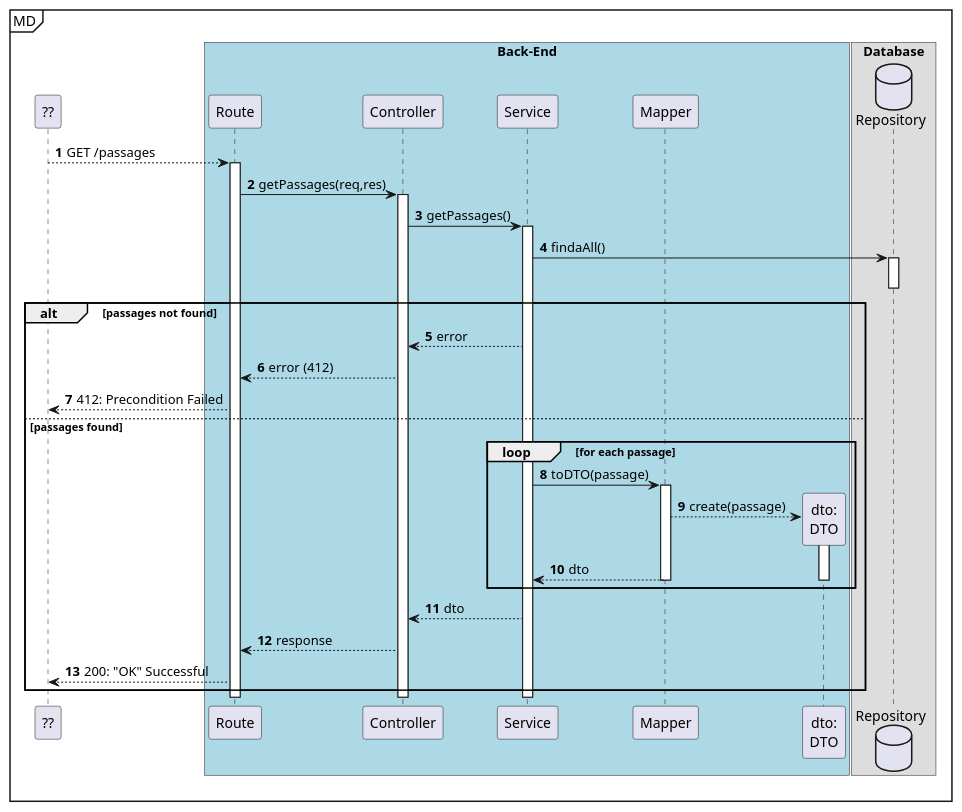
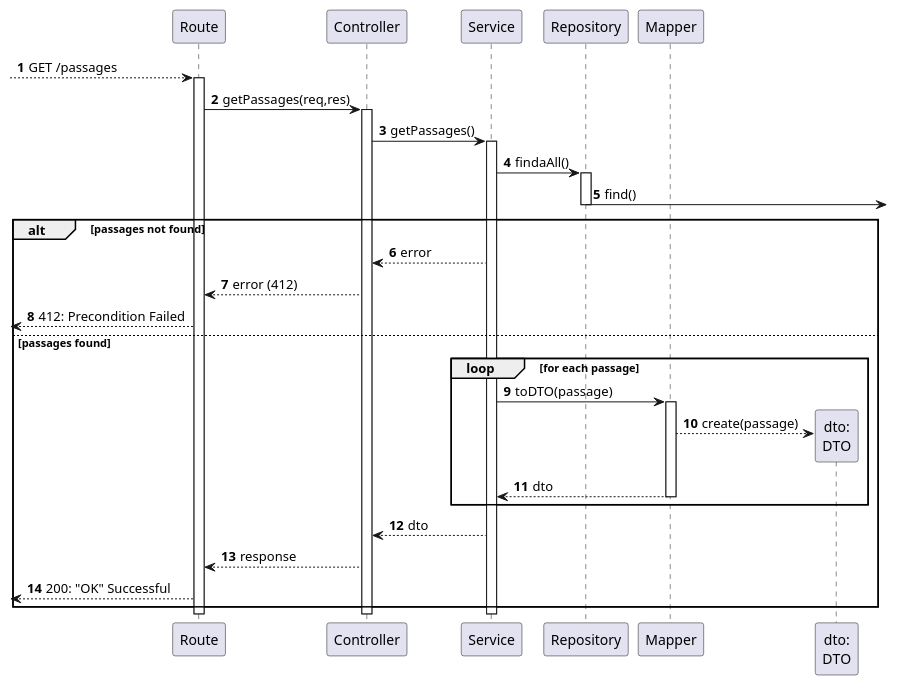
One commit to Departamento-de-Engenharia-Informatica/lapr5-23-24-g19 changed the diagram in docs/us260/level3/process-view-allpassages.puml. Above: the diagram before and after it, drawn with PlantUML. The commit also changed 7 other files, not shown here.

```diff
--- a/docs/us260/level3/process-view-allpassages.puml
+++ b/docs/us260/level3/process-view-allpassages.puml
@@ -1,58 +1,50 @@
 @startuml
 autonumber
 
-participant "??" as ui
-
-mainframe MD
-box "Back-End" #LightBlue
 participant "Route" as r
 participant "Controller" as ctrl
 participant "Service" as svc
+participant "Repository" as repo
 
 participant "Mapper" as map
 participant "dto:\nDTO" as dto
-end box
 
-box "Database"
-database "Repository" as repo
-end box
+[--> r : GET /passages
+activate r
 
-ui --> r: GET /passages
-    activate r
-        r -> ctrl : getPassages(req,res)
-        activate ctrl
-            ctrl -> svc : getPassages()
-            activate svc
-                svc -> repo : findaAll()
-                activate repo
+    r -> ctrl : getPassages(req,res)
+    activate ctrl
 
-                deactivate repo
+        ctrl -> svc : getPassages()
+        activate svc
 
-                alt passages not found
-                    svc --> ctrl : error
-                    ctrl --> r : error (412)
-                    ui<--r : 412: Precondition Failed
-                else passages found
+            svc -> repo : findaAll()
+            activate repo
+                repo ->] : find()
+            deactivate repo
 
+            alt passages not found
+                svc --> ctrl : error
+                ctrl --> r : error (412)
+                [<-- r : 412: Precondition Failed
+            else passages found
+                loop for each passage
+                    svc -> map : toDTO(passage)
 
-                            loop for each passage
-                                 svc -> map : toDTO(passage)
-                                activate map
-                                    map --> dto** : create(passage)
-                                    activate dto
-                                        map --> svc : dto
-                                    deactivate dto
-                                deactivate map
-                            end loop
-                                svc --> ctrl : dto
-                                ctrl --> r : response
-                                ui<-- r : 200: "OK" Successful
-                            end
+                    activate map
+                        map --> dto** : create(passage)
+                        ' activate dto
+                        ' deactivate dto
+                        map --> svc : dto
+                    deactivate map
+                end loop
 
-
-
-            deactivate svc
-        deactivate ctrl
-    deactivate r
+                svc --> ctrl : dto
+                ctrl --> r : response
+                [<-- r : 200: "OK" Successful
+            end
+        deactivate svc
+    deactivate ctrl
+deactivate r
 
 @enduml
```
